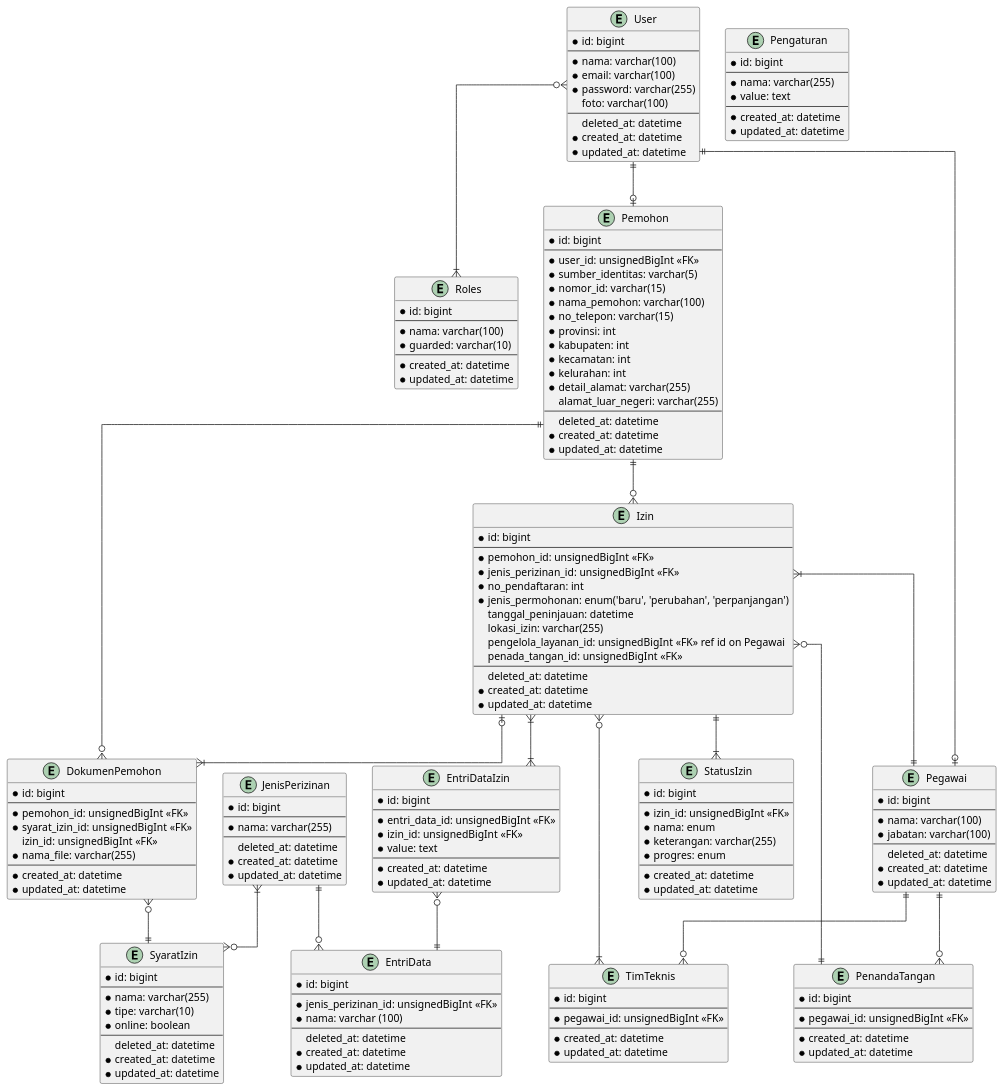
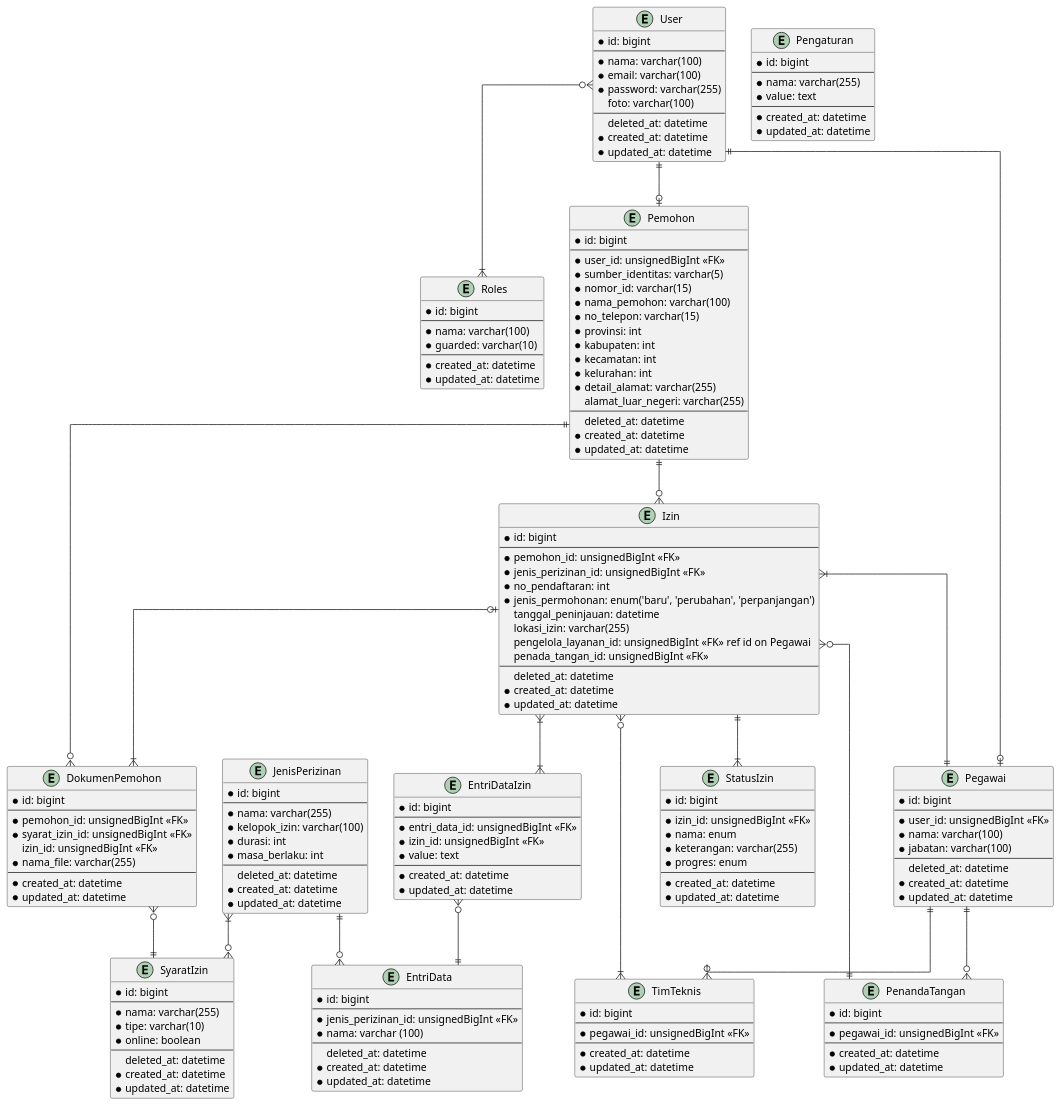
The diagram in docs/diagrams/src/database.puml (maleolabs/nest-nestara-web), drawn with PlantUML before and after one commit. The commit also changed 25 other files, not shown here.

```diff
--- a/docs/diagrams/src/database.puml
+++ b/docs/diagrams/src/database.puml
@@ -1,191 +1,195 @@
 @startuml pmptsp
 
 skinparam linetype ortho
 
 entity User {
     * id: bigint
     --
     * nama: varchar(100)
     * email: varchar(100)
     * password: varchar(255)
       foto: varchar(100)
     --
       deleted_at: datetime
     * created_at: datetime
     * updated_at: datetime
 }
 
 entity Roles {
     * id: bigint
     --
     * nama: varchar(100)
     * guarded: varchar(10)
     --
     * created_at: datetime
     * updated_at: datetime
 }
 
 entity Pegawai {
     * id: bigint
     --
+    * user_id: unsignedBigInt <<FK>>
     * nama: varchar(100)
     * jabatan: varchar(100)
     --
       deleted_at: datetime
     * created_at: datetime
     * updated_at: datetime
 }
 
 entity PenandaTangan {
     * id: bigint
     --
     * pegawai_id: unsignedBigInt <<FK>>
     --
     * created_at: datetime
     * updated_at: datetime
 }
 
 entity TimTeknis {
     * id: bigint
     --
     * pegawai_id: unsignedBigInt <<FK>>
     --
     * created_at: datetime
     * updated_at: datetime
 }
 
 entity Pemohon {
     * id: bigint
     --
     * user_id: unsignedBigInt <<FK>>
     * sumber_identitas: varchar(5)
     * nomor_id: varchar(15)
     * nama_pemohon: varchar(100)
     * no_telepon: varchar(15)
     * provinsi: int
     * kabupaten: int
     * kecamatan: int
     * kelurahan: int
     * detail_alamat: varchar(255)
       alamat_luar_negeri: varchar(255)
     --
       deleted_at: datetime
     * created_at: datetime
     * updated_at: datetime
 }
 
 entity JenisPerizinan {
     * id: bigint
     --
     * nama: varchar(255)
+    * kelopok_izin: varchar(100)
+    * durasi: int
+    * masa_berlaku: int
     --
       deleted_at: datetime
     * created_at: datetime
     * updated_at: datetime
 }
 
 entity EntriData {
     * id: bigint
     --
     * jenis_perizinan_id: unsignedBigInt <<FK>>
     * nama: varchar (100)
     --
       deleted_at: datetime
     * created_at: datetime
     * updated_at: datetime
 }
 
 entity SyaratIzin {
     * id: bigint
     --
     * nama: varchar(255)
     * tipe: varchar(10)
     * online: boolean
     --
       deleted_at: datetime
     * created_at: datetime
     * updated_at: datetime
 }
 
 entity DokumenPemohon {
     * id: bigint
     --
     * pemohon_id: unsignedBigInt <<FK>>
     * syarat_izin_id: unsignedBigInt <<FK>>
       izin_id: unsignedBigInt <<FK>>
     * nama_file: varchar(255)
     --
     * created_at: datetime
     * updated_at: datetime
 }
 
 entity Izin {
     * id: bigint
     --
     * pemohon_id: unsignedBigInt <<FK>>
     * jenis_perizinan_id: unsignedBigInt <<FK>>
     * no_pendaftaran: int
     * jenis_permohonan: enum('baru', 'perubahan', 'perpanjangan')
       tanggal_peninjauan: datetime
       lokasi_izin: varchar(255)
       pengelola_layanan_id: unsignedBigInt <<FK>> ref id on Pegawai
       penada_tangan_id: unsignedBigInt <<FK>>
     --
       deleted_at: datetime
     * created_at: datetime
     * updated_at: datetime
 }
 
 entity StatusIzin {
     * id: bigint
     --
     * izin_id: unsignedBigInt <<FK>>
     * nama: enum
     * keterangan: varchar(255)
     * progres: enum
     --
     * created_at: datetime
     * updated_at: datetime
 }
 
 entity EntriDataIzin {
     * id: bigint
     --
     * entri_data_id: unsignedBigInt <<FK>>
     * izin_id: unsignedBigInt <<FK>>
     * value: text
     --
     * created_at: datetime
     * updated_at: datetime
 }
 
 entity Pengaturan {
     * id: bigint
     --
     * nama: varchar(255)
     * value: text
     --
     * created_at: datetime
     * updated_at: datetime
 }
 
 User }o--|{ Roles
 User ||--o| Pemohon
 User ||--o| Pegawai
 Pegawai ||--o{ PenandaTangan
 Pegawai ||--o{ TimTeknis
 JenisPerizinan }|--o{ SyaratIzin
 JenisPerizinan ||--o{ EntriData
 EntriDataIzin }o--|| EntriData
 DokumenPemohon }o--|| Pemohon
 DokumenPemohon }o--|| SyaratIzin
 Pemohon ||--o{ Izin
 Izin |o--|{ DokumenPemohon
 Izin ||--|{ StatusIzin
 Izin }|--|| Pegawai
 Izin }|--|{ EntriDataIzin
 Izin }o--|| PenandaTangan
 Izin }o--|{ TimTeknis
 
 
 @enduml
```
